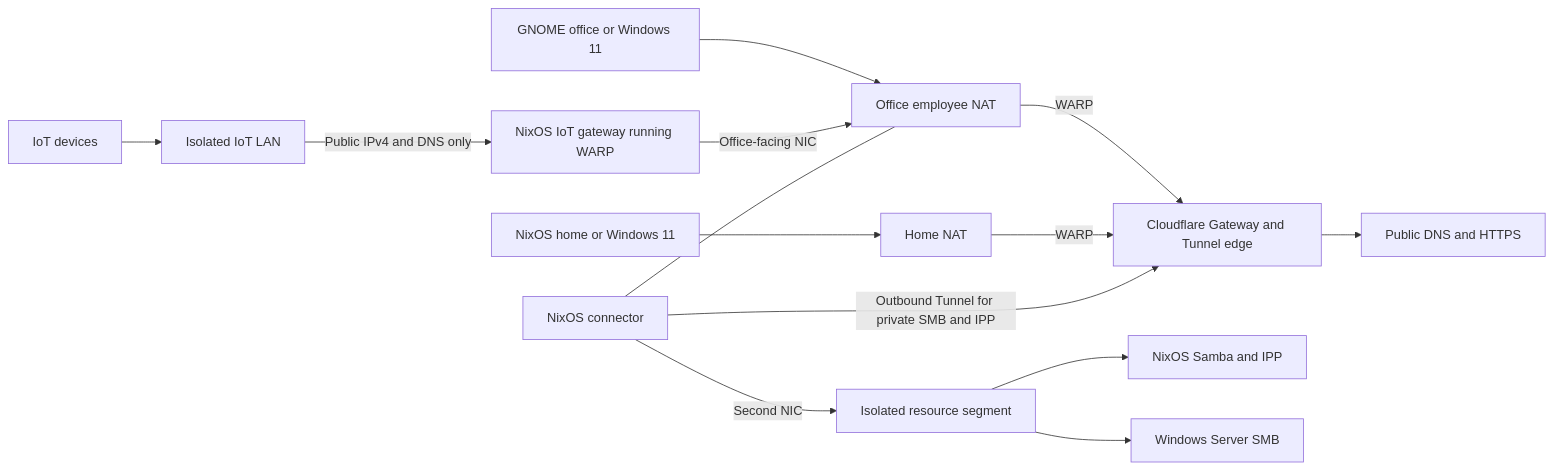
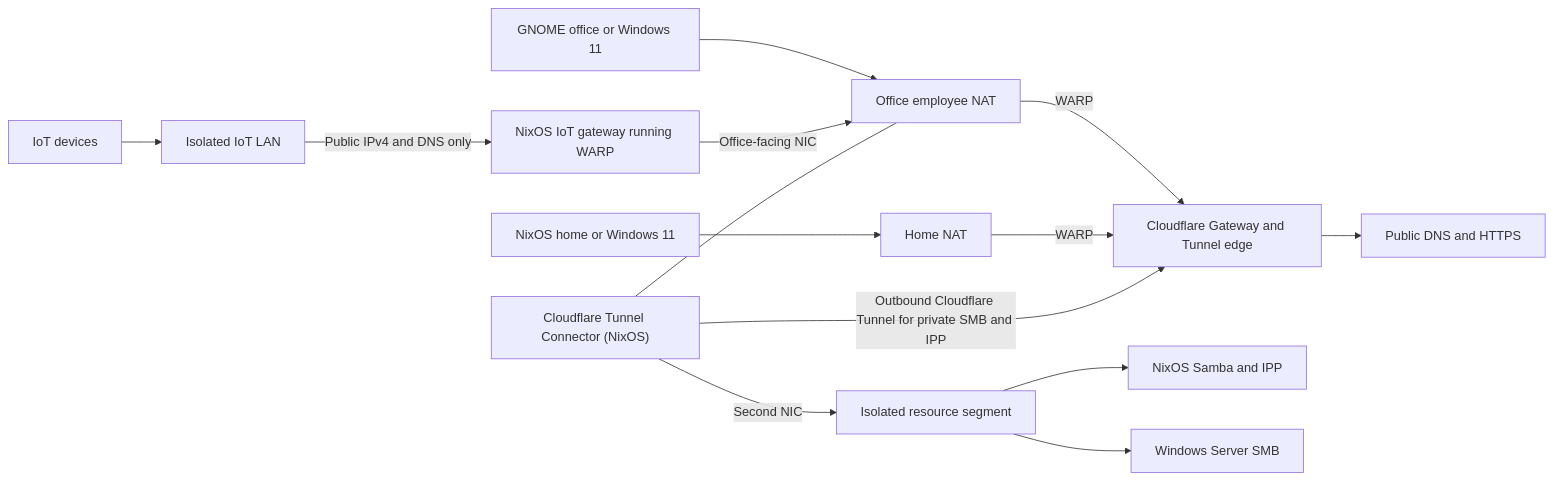
One commit to kadencartwright/cloudflare-ztna-lab changed the diagram in README.md. Above: the diagram before and after it, drawn with Mermaid.

Commit message:
Clarify Cloudflare Tunnel connector in architecture diagram

````diff
--- a/README.md
+++ b/README.md
@@ -5,16 +5,16 @@
 ```mermaid
 flowchart LR
   O[GNOME office or Windows 11] --> ON[Office employee NAT]
   R[NixOS home or Windows 11] --> HN[Home NAT]
   I[IoT devices] --> IL[Isolated IoT LAN]
   IL -->|Public IPv4 and DNS only| IG[NixOS IoT gateway running WARP]
   IG -->|Office-facing NIC| ON
   ON -->|WARP| E[Cloudflare Gateway and Tunnel edge]
   HN -->|WARP| E
   E --> W[Public DNS and HTTPS]
-  C[NixOS connector] -->|Outbound Tunnel for private SMB and IPP| E
+  C["Cloudflare Tunnel Connector (NixOS)"] -->|Outbound Cloudflare Tunnel for private SMB and IPP| E
   C --- ON
   C -->|Second NIC| V[Isolated resource segment]
   V --> L[NixOS Samba and IPP]
   V --> S[Windows Server SMB]
 ```
````
